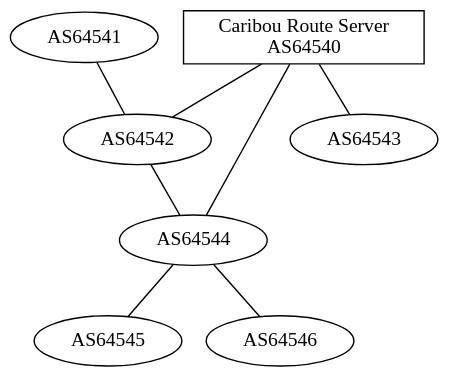
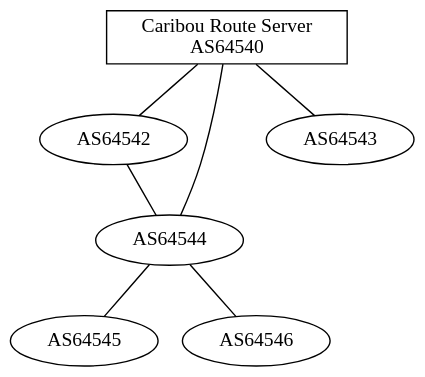
One commit to GLaNET/resources changed the diagram in as-graph.dot. Above: the diagram before and after it, drawn with Graphviz.

Commit message:
glaas is history

```diff
--- a/as-graph.dot
+++ b/as-graph.dot
@@ -1,16 +1,15 @@
 graph GLaNET
 {
         edge [len=2];
         graph [bgcolor=transparent]
 
         AS64540 [shape=box];
         AS64540 [label="Caribou Route Server\nAS64540"];
         AS64540 -- AS64542;
         AS64540 -- AS64544;
         AS64540 -- AS64543;
 
         AS64542 -- AS64544; // [label="1"];
-        AS64541 -- AS64542;
         AS64544 -- AS64545;
         AS64544 -- AS64546;
 }
```
